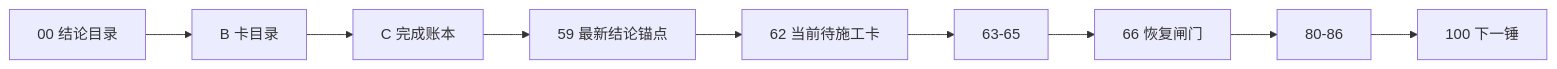
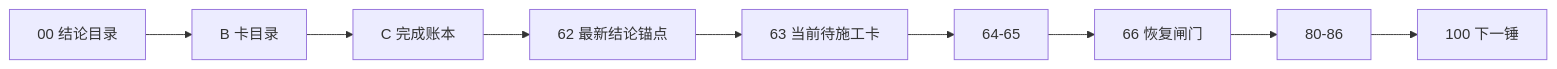
The diagram in docs/03-execution/A-execution-reading-order-20260409.md (everything-is-simple/lifespan-0.01), drawn with Mermaid before and after one commit. The commit also changed other lines of this file and 19 other files, not shown here.

````diff
--- a/docs/03-execution/A-execution-reading-order-20260409.md
+++ b/docs/03-execution/A-execution-reading-order-20260409.md
@@ -34,11 +33,11 @@
 ```mermaid
 flowchart LR
     CONC["00 结论目录"] --> BCAT["B 卡目录"]
     BCAT --> CLED["C 完成账本"]
-    CLED --> ANC["59 最新结论锚点"]
-    ANC --> G60["62 当前待施工卡"]
-    G60 --> G65["63-65"]
+    CLED --> ANC["62 最新结论锚点"]
+    ANC --> G60["63 当前待施工卡"]
+    G60 --> G65["64-65"]
     G65 --> G66["66 恢复闸门"]
     G66 --> G80["80-86"]
     G80 --> NEXT["100 下一锤"]
 ```
````
